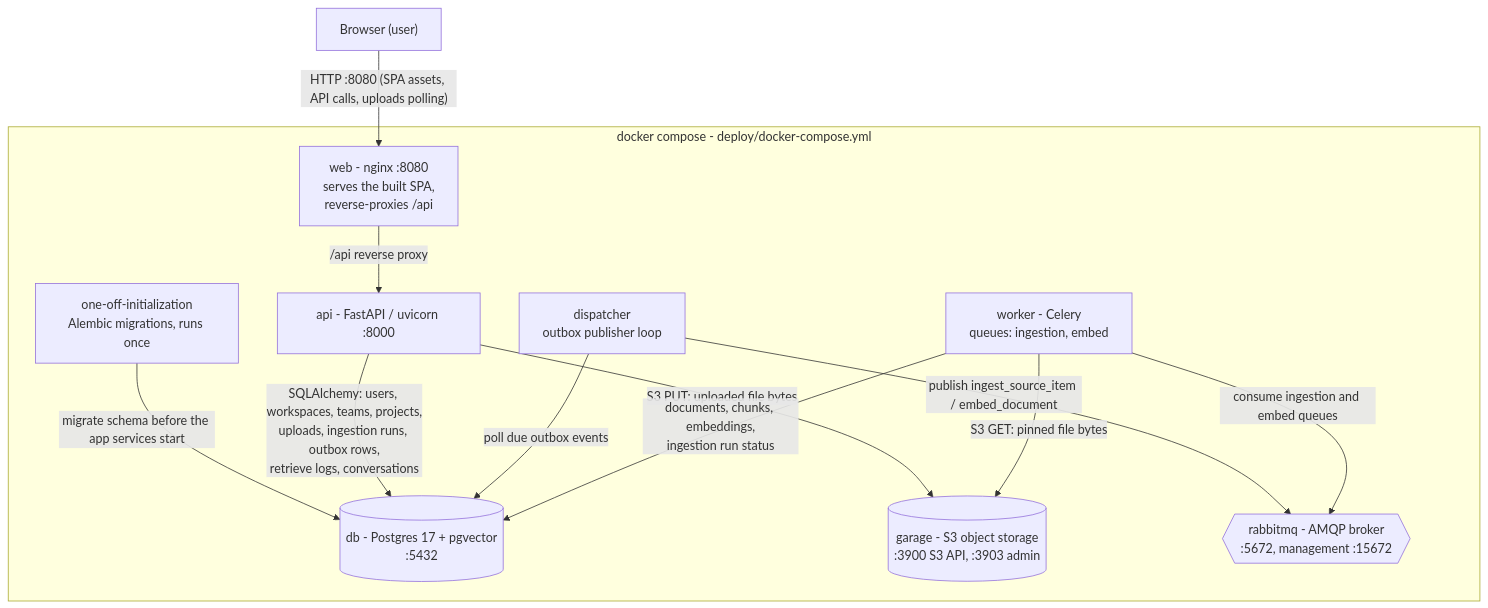
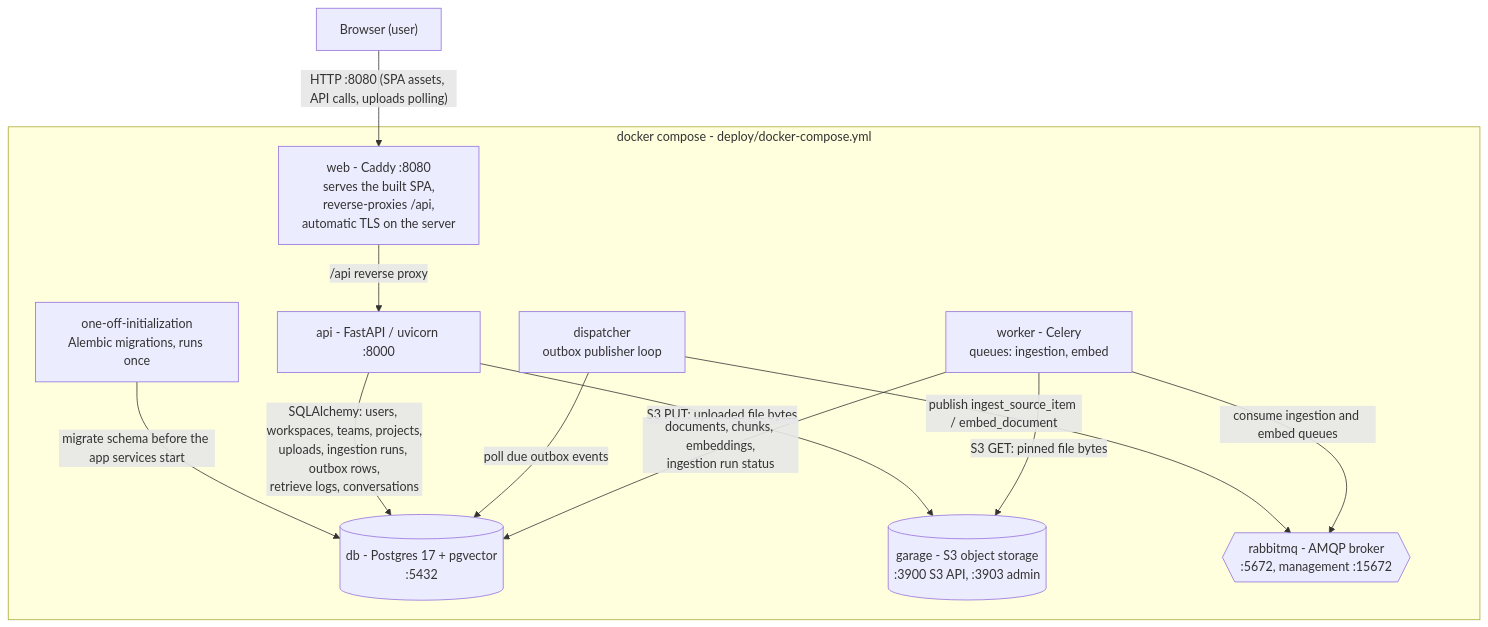
The first of 2 diagrams in docs/2026-10-19-system-overview.md (dimyG/Loctapus), drawn with Mermaid before and after one commit. The commit also changed other lines of this file and 1 other file, not shown here.

Commit message:
docs: re-anchor the web tier references to Caddy

````diff
--- a/docs/2026-10-19-system-overview.md
+++ b/docs/2026-10-19-system-overview.md
@@ -14,26 +14,26 @@
 ```mermaid
 flowchart TB
     browser["Browser (user)"]
 
     subgraph compose["docker compose - deploy/docker-compose.yml"]
         init["one-off-initialization<br/>Alembic migrations, runs once"]
-        web["web - nginx :8080<br/>serves the built SPA,<br/>reverse-proxies /api"]
+        web["web - Caddy :8080<br/>serves the built SPA,<br/>reverse-proxies /api,<br/>automatic TLS on the server"]
         api["api - FastAPI / uvicorn :8000"]
         dispatcher["dispatcher<br/>outbox publisher loop"]
         worker["worker - Celery<br/>queues: ingestion, embed"]
         db[("db - Postgres 17 + pgvector<br/>:5432")]
         garage[("garage - S3 object storage<br/>:3900 S3 API, :3903 admin")]
         rabbitmq{{"rabbitmq - AMQP broker<br/>:5672, management :15672"}}
     end
 
     browser -->|"HTTP :8080 (SPA assets, API calls, uploads polling)"| web
     web -->|"/api reverse proxy"| api
     init -->|"migrate schema before the app services start"| db
     api -->|"SQLAlchemy: users, workspaces, teams, projects,<br/>uploads, ingestion runs, outbox rows,<br/>retrieve logs, conversations"| db
     api -->|"S3 PUT: uploaded file bytes"| garage
     dispatcher -->|"poll due outbox events"| db
     dispatcher -->|"publish ingest_source_item / embed_document"| rabbitmq
     worker -->|"consume ingestion and embed queues"| rabbitmq
     worker -->|"S3 GET: pinned file bytes"| garage
     worker -->|"documents, chunks, embeddings,<br/>ingestion run status"| db
 ```
````
